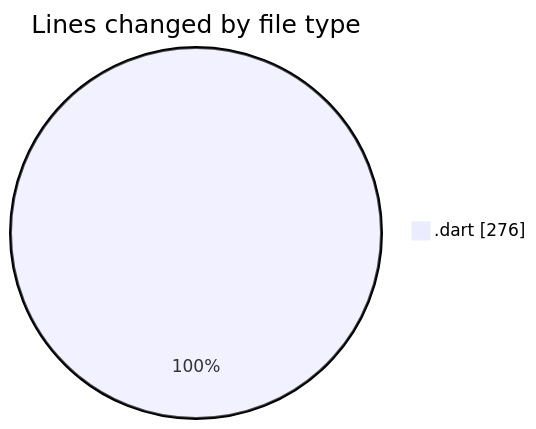
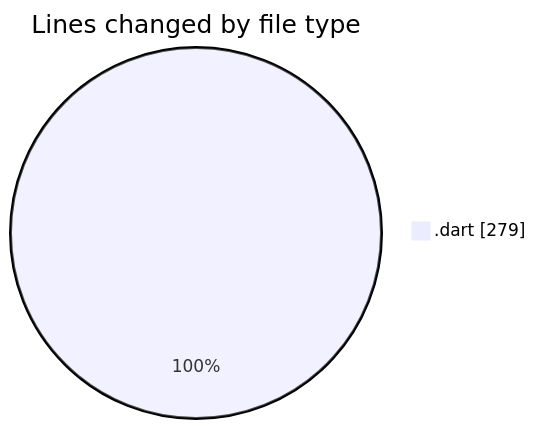
The first of 2 diagrams in 2025-01-14/trackers_app/README.md (donsfak/code-tracking), drawn with Mermaid before and after one commit. The commit also changed other lines of this file and 1 other file, not shown here.

````diff
--- a/2025-01-14/trackers_app/README.md
+++ b/2025-01-14/trackers_app/README.md
@@ -24,5 +24,5 @@
 ```mermaid
 pie showData
 title Lines changed by file type
-".dart" : 276
+".dart" : 279
 ```
````
